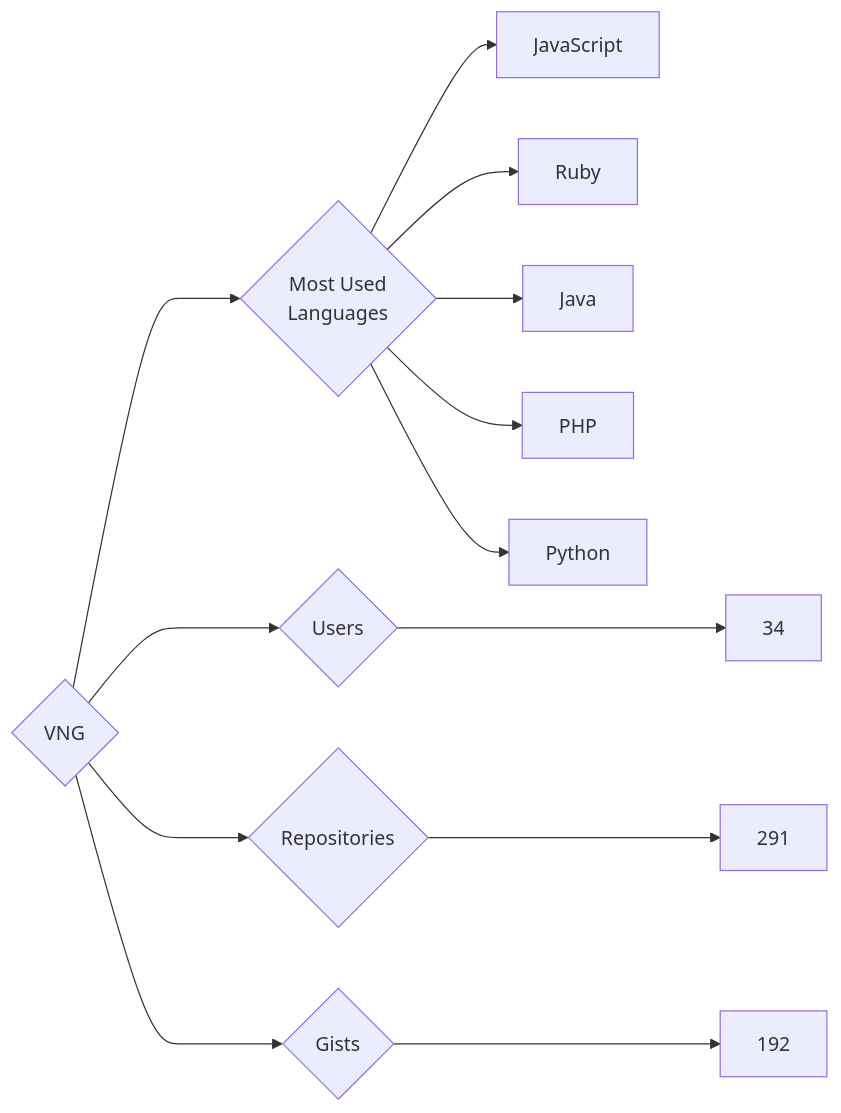
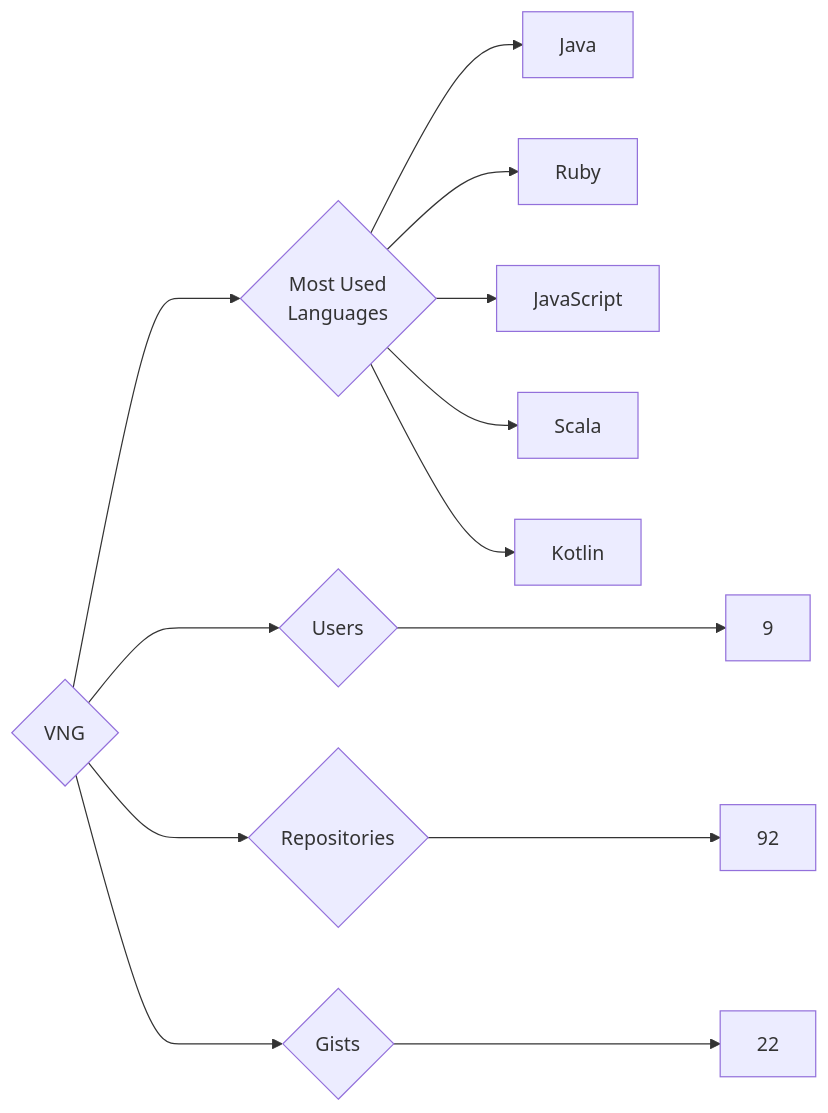
Before and after one commit to trickest/insiders: the diagram in targets/VNG/README.md, drawn with Mermaid. The commit also changed 677 other files, not shown here.

````diff
--- a/targets/VNG/README.md
+++ b/targets/VNG/README.md
@@ -3,13 +3,13 @@
 ```mermaid
 graph LR
 COMPANY_NAME{VNG}
-COMPANY_NAME ---> U{Users} ---> UN[34]
-COMPANY_NAME ---> R{Repositories} ---> RN[291]
-COMPANY_NAME ---> G{Gists} ---> GN[192]
+COMPANY_NAME ---> U{Users} ---> UN[9]
+COMPANY_NAME ---> R{Repositories} ---> RN[92]
+COMPANY_NAME ---> G{Gists} ---> GN[22]
 COMPANY_NAME ---> ML{Most Used<br>Languages}
+ML --> Java[Java]
+ML --> Ruby[Ruby]
 ML --> JavaScript[JavaScript]
-ML --> Ruby[Ruby]
-ML --> Java[Java]
-ML --> PHP[PHP]
-ML --> Python[Python]
+ML --> Scala[Scala]
+ML --> Kotlin[Kotlin]
 ```
````
